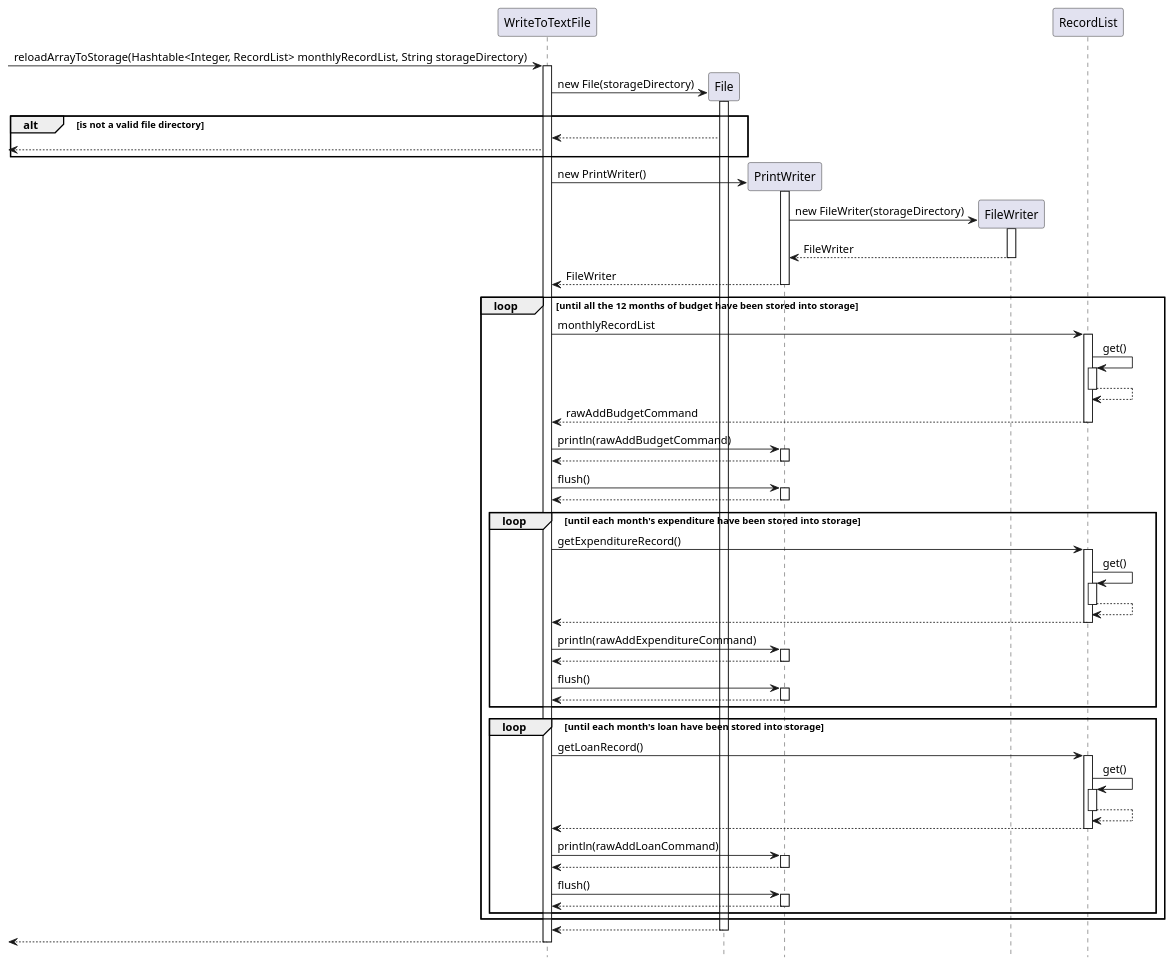
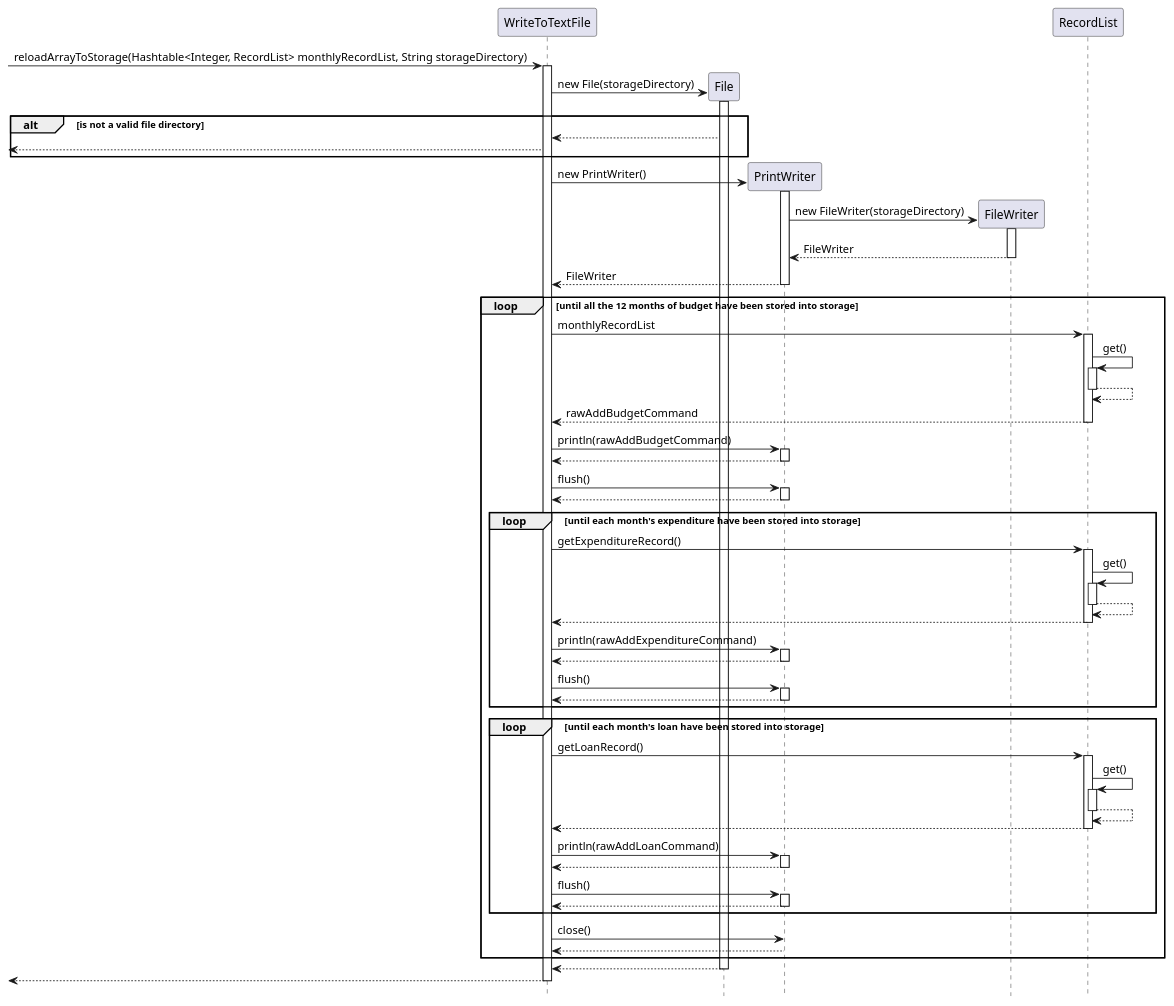
Before and after one commit to nus-cs2113-AY2122S1/tp: the diagram in docs/diagrams/reloadArrayToStorage-Sequence_Diagram.puml, drawn with PlantUML.

Commit message:
minor change to reloadArray UML

```diff
--- a/docs/diagrams/reloadArrayToStorage-Sequence_Diagram.puml
+++ b/docs/diagrams/reloadArrayToStorage-Sequence_Diagram.puml
@@ -1,104 +1,105 @@
 @startuml
 'https://plantuml.com/sequence-diagram
 hide footbox
 
 -> WriteToTextFile: reloadArrayToStorage(Hashtable<Integer, RecordList> monthlyRecordList, String storageDirectory)
 
 activate WriteToTextFile
 
 create File
 WriteToTextFile -> File: new File(storageDirectory)
 activate File
 
 alt is not a valid file directory
     File --> WriteToTextFile
     <-- WriteToTextFile
 end
 
 create PrintWriter
 WriteToTextFile -> PrintWriter: new PrintWriter()
 activate PrintWriter
 
 create FileWriter
 PrintWriter -> FileWriter: new FileWriter(storageDirectory)
 activate FileWriter
 
 FileWriter --> PrintWriter: FileWriter
 deactivate FileWriter
 
 PrintWriter --> WriteToTextFile: FileWriter
 deactivate PrintWriter
 
 loop until all the 12 months of budget have been stored into storage
 
 WriteToTextFile -> RecordList: monthlyRecordList
 activate RecordList
 RecordList -> RecordList:get()
 activate RecordList
 RecordList --> RecordList
 deactivate RecordList
 RecordList --> WriteToTextFile: rawAddBudgetCommand
 deactivate RecordList
 
 
 WriteToTextFile -> PrintWriter: println(rawAddBudgetCommand)
 activate PrintWriter
 PrintWriter --> WriteToTextFile
 deactivate PrintWriter
 
 WriteToTextFile -> PrintWriter: flush()
 activate PrintWriter
 PrintWriter --> WriteToTextFile
 deactivate PrintWriter
 
 loop until each month's expenditure have been stored into storage
 WriteToTextFile -> RecordList: getExpenditureRecord()
 activate RecordList
 RecordList -> RecordList:get()
 activate RecordList
 RecordList --> RecordList
 deactivate RecordList
 RecordList --> WriteToTextFile:
 deactivate RecordList
 
 WriteToTextFile -> PrintWriter: println(rawAddExpenditureCommand)
 activate PrintWriter
 PrintWriter --> WriteToTextFile
 deactivate PrintWriter
 
 WriteToTextFile -> PrintWriter: flush()
 activate PrintWriter
 PrintWriter --> WriteToTextFile
 deactivate PrintWriter
 
 end
 
 loop until each month's loan have been stored into storage
 WriteToTextFile -> RecordList: getLoanRecord()
 activate RecordList
 RecordList -> RecordList:get()
 activate RecordList
 RecordList --> RecordList
 deactivate RecordList
 RecordList --> WriteToTextFile
 deactivate RecordList
 
 WriteToTextFile -> PrintWriter: println(rawAddLoanCommand)
 activate PrintWriter
 PrintWriter --> WriteToTextFile
 deactivate PrintWriter
 
 WriteToTextFile -> PrintWriter: flush()
 activate PrintWriter
 PrintWriter --> WriteToTextFile
 deactivate PrintWriter
 
 end
-
+WriteToTextFile -> PrintWriter: close()
+PrintWriter --> WriteToTextFile
 end
 
 return
 <-- WriteToTextFile
 deactivate WriteToTextFile
 
 @enduml
```
